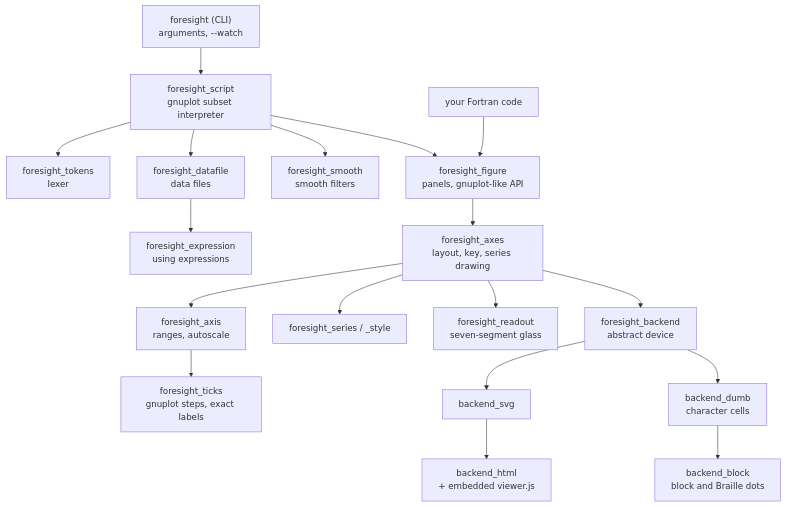
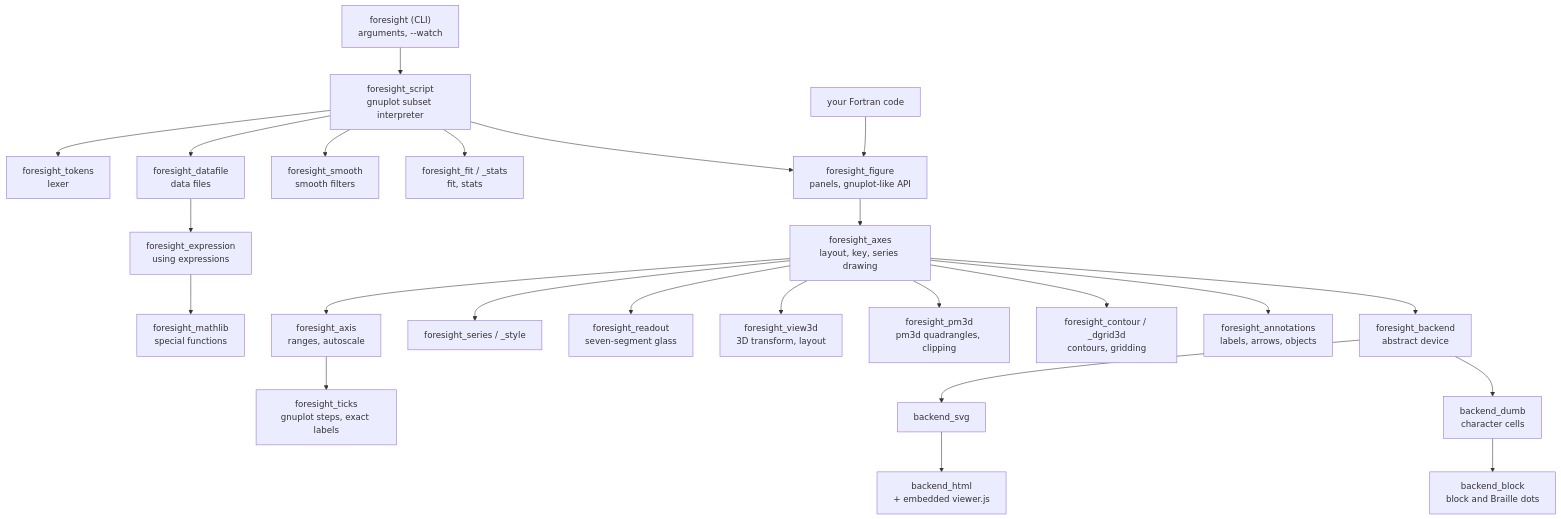
One commit to szaghi/foresight changed the diagram in docs/guide/architecture.md. Above: the diagram before and after it, drawn with Mermaid. The commit also changed other lines of this file and 8 other files, not shown here.

First line of the commit message:
docs: 3D views in the README, feature map, architecture and landing page

````diff
--- a/docs/guide/architecture.md
+++ b/docs/guide/architecture.md
@@ -7,20 +7,26 @@
 ```mermaid
 flowchart TD
     CLI["foresight (CLI)<br/>arguments, --watch"] --> SCRIPT
     SCRIPT["foresight_script<br/>gnuplot subset interpreter"] --> TOKENS["foresight_tokens<br/>lexer"]
     SCRIPT --> DATA["foresight_datafile<br/>data files"]
     DATA --> EXPR["foresight_expression<br/>using expressions"]
     SCRIPT --> SMOOTH["foresight_smooth<br/>smooth filters"]
+    SCRIPT --> CALC["foresight_fit / _stats<br/>fit, stats"]
+    EXPR --> MATH["foresight_mathlib<br/>special functions"]
     SCRIPT --> FIG
     USER["your Fortran code"] --> FIG
     FIG["foresight_figure<br/>panels, gnuplot-like API"] --> AXES
     AXES["foresight_axes<br/>layout, key, series drawing"] --> AXIS["foresight_axis<br/>ranges, autoscale"]
     AXES --> SERIES["foresight_series / _style"]
     AXES --> READOUT["foresight_readout<br/>seven-segment glass"]
+    AXES --> VIEW3D["foresight_view3d<br/>3D transform, layout"]
+    AXES --> PM3D["foresight_pm3d<br/>pm3d quadrangles, clipping"]
+    AXES --> CONTOUR["foresight_contour / _dgrid3d<br/>contours, gridding"]
+    AXES --> NOTES["foresight_annotations<br/>labels, arrows, objects"]
     AXIS --> TICKS["foresight_ticks<br/>gnuplot steps, exact labels"]
     AXES --> BACKEND
     BACKEND["foresight_backend<br/>abstract device"] --> SVG["backend_svg"]
     SVG --> HTML["backend_html<br/>+ embedded viewer.js"]
     BACKEND --> DUMB["backend_dumb<br/>character cells"]
     DUMB --> BLOCK["backend_block<br/>block and Braille dots"]
 ```
````
